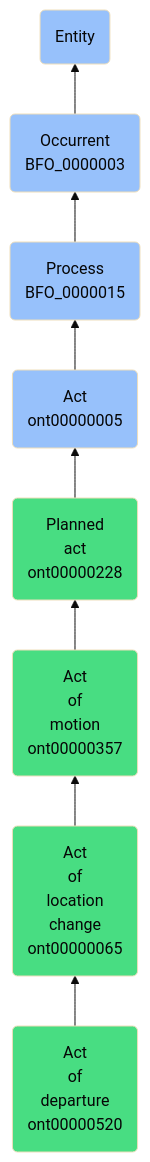
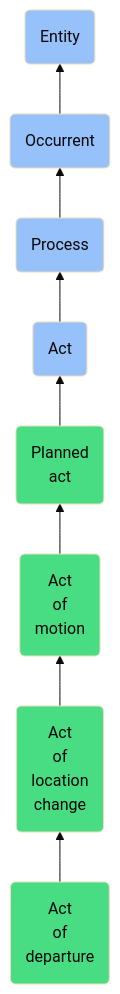
The diagram in docs/ontology/reference/model/Entity/Occurrent/Process/Act/Planned act/Act of motion/Act of location change/Act of departure/Act of departure.md (jupyter-naas/abi), drawn with Mermaid (base theme) before and after one commit. The commit also changed other lines of this file and 1430 other files, not shown here.

````diff
--- a/docs/ontology/reference/model/Entity/Occurrent/Process/Act/Planned act/Act of motion/Act of location change/Act of departure/Act of departure.md
+++ b/docs/ontology/reference/model/Entity/Occurrent/Process/Act/Planned act/Act of motion/Act of location change/Act of departure/Act of departure.md
@@ -24,15 +24,15 @@
 ```mermaid
 graph BT
-    ont00000520(Act<br>of<br>departure<br>ont00000520):::ABI-->ont00000065
-    ont00000065(Act<br>of<br>location<br>change<br>ont00000065):::ABI-->ont00000357
-    ont00000357(Act<br>of<br>motion<br>ont00000357):::ABI-->ont00000228
-    ont00000228(Planned<br>act<br>ont00000228):::ABI-->ont00000005
-    ont00000005(Act<br>ont00000005):::BFO-->BFO_0000015
-    BFO_0000015(Process<br>BFO_0000015):::BFO-->BFO_0000003
-    BFO_0000003(Occurrent<br>BFO_0000003):::BFO-->BFO_0000001
+    ont00000520(Act<br>of<br>departure):::ABI-->ont00000065
+    ont00000065(Act<br>of<br>location<br>change):::ABI-->ont00000357
+    ont00000357(Act<br>of<br>motion):::ABI-->ont00000228
+    ont00000228(Planned<br>act):::ABI-->ont00000005
+    ont00000005(Act):::BFO-->BFO_0000015
+    BFO_0000015(Process):::BFO-->BFO_0000003
+    BFO_0000003(Occurrent):::BFO-->BFO_0000001
     BFO_0000001(Entity):::BFO
     
     classDef BFO fill:#97c1fb,color:#060606
     classDef CCO fill:#e4c51e,color:#060606
     classDef ABI fill:#48DD82,color:#060606
 ```
````
